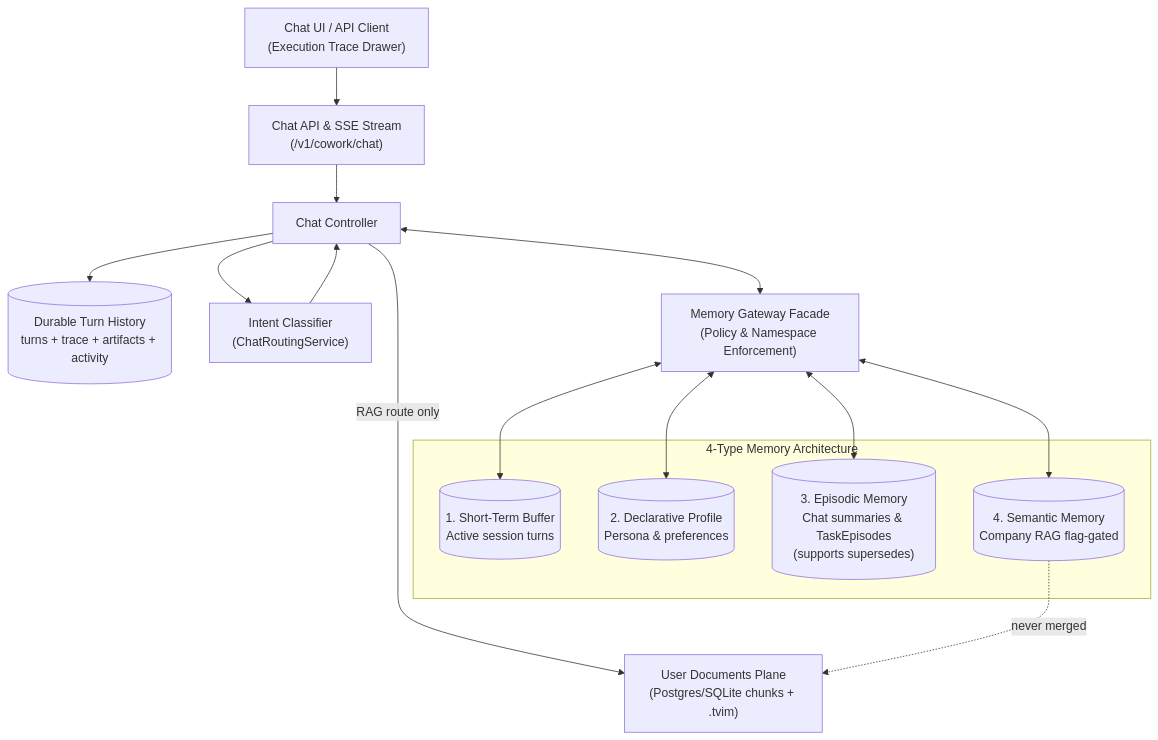
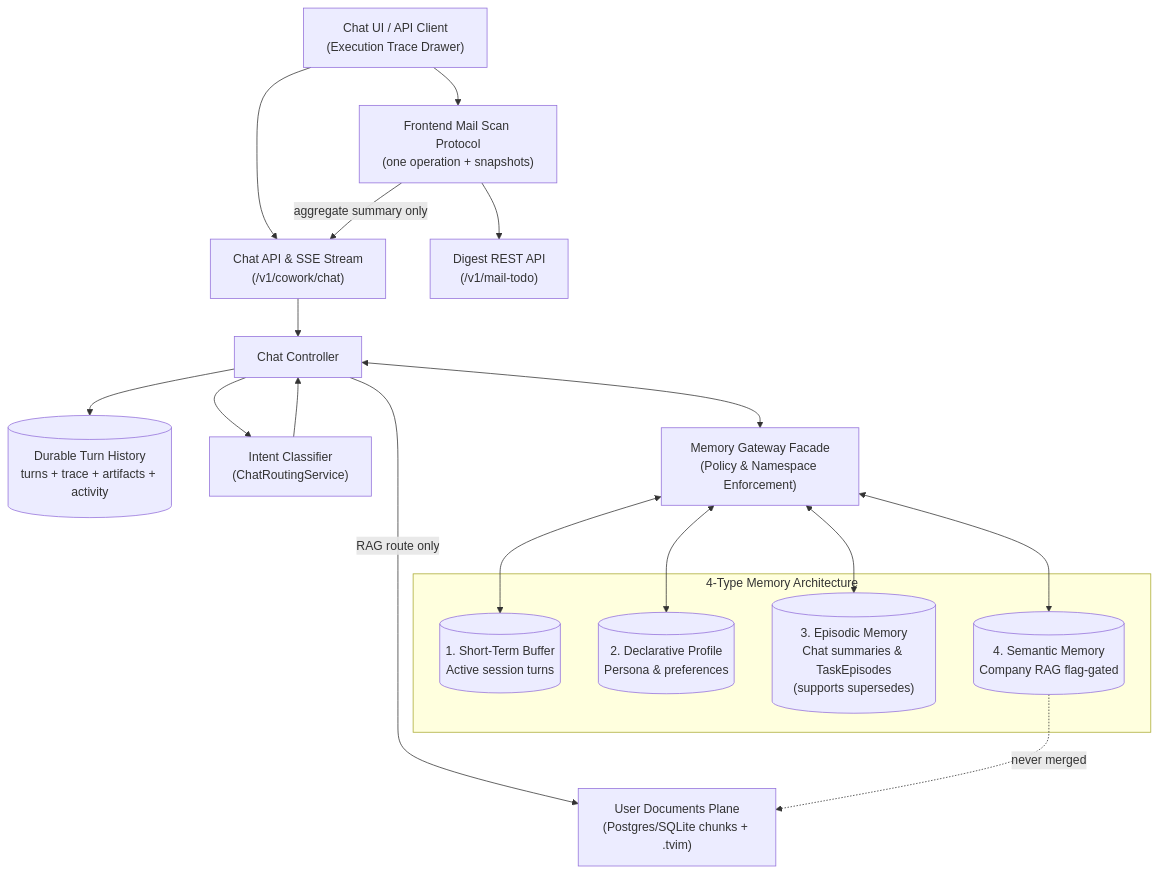
Before and after one commit to MathematicGuy/EMAIL-AGENT-v1: the diagram in docs/architectures/current-architectures/02-ai-chat-and-typed-memory.md, drawn with Mermaid. The commit also changed other lines of this file and 7 other files, not shown here.

Commit message:
refactor(ui): extract mail scan polling protocol

````diff
--- a/docs/architectures/current-architectures/02-ai-chat-and-typed-memory.md
+++ b/docs/architectures/current-architectures/02-ai-chat-and-typed-memory.md
@@ -16,24 +17,27 @@
 ```mermaid
 flowchart TB
     CLIENT["Chat UI / API Client<br/>(Execution Trace Drawer)"] --> SSE["Chat API & SSE Stream<br/>(/v1/cowork/chat)"]
+    CLIENT --> MAIL_SCAN["Frontend Mail Scan Protocol<br/>(one operation + snapshots)"]
+    MAIL_SCAN --> MAIL_API["Digest REST API<br/>(/v1/mail-todo)"]
+    MAIL_SCAN -->|"aggregate summary only"| SSE
     SSE --> CHAT["Chat Controller"]
     CHAT --> HISTORY[("Durable Turn History<br/>turns + trace + artifacts + activity")]
     CHAT --> CLS["Intent Classifier<br/>(ChatRoutingService)"]
     CLS --> CHAT
     CHAT <--> GATEWAY["Memory Gateway Facade<br/>(Policy & Namespace Enforcement)"]
 
     subgraph MEMORY["4-Type Memory Architecture"]
         SHORT[("1. Short-Term Buffer<br/>Active session turns")]
         DECL[("2. Declarative Profile<br/>Persona & preferences")]
         EPISODE[("3. Episodic Memory<br/>Chat summaries & TaskEpisodes<br/>(supports supersedes)")]
         SEMANTIC[("4. Semantic Memory<br/>Company RAG flag-gated")]
     end
 
     GATEWAY <--> SHORT
     GATEWAY <--> DECL
     GATEWAY <--> EPISODE
     GATEWAY <--> SEMANTIC
 
     CHAT -->|"RAG route only"| UDOC["User Documents Plane<br/>(Postgres/SQLite chunks + .tvim)"]
     SEMANTIC -.->|"never merged"| UDOC
 ```
````
